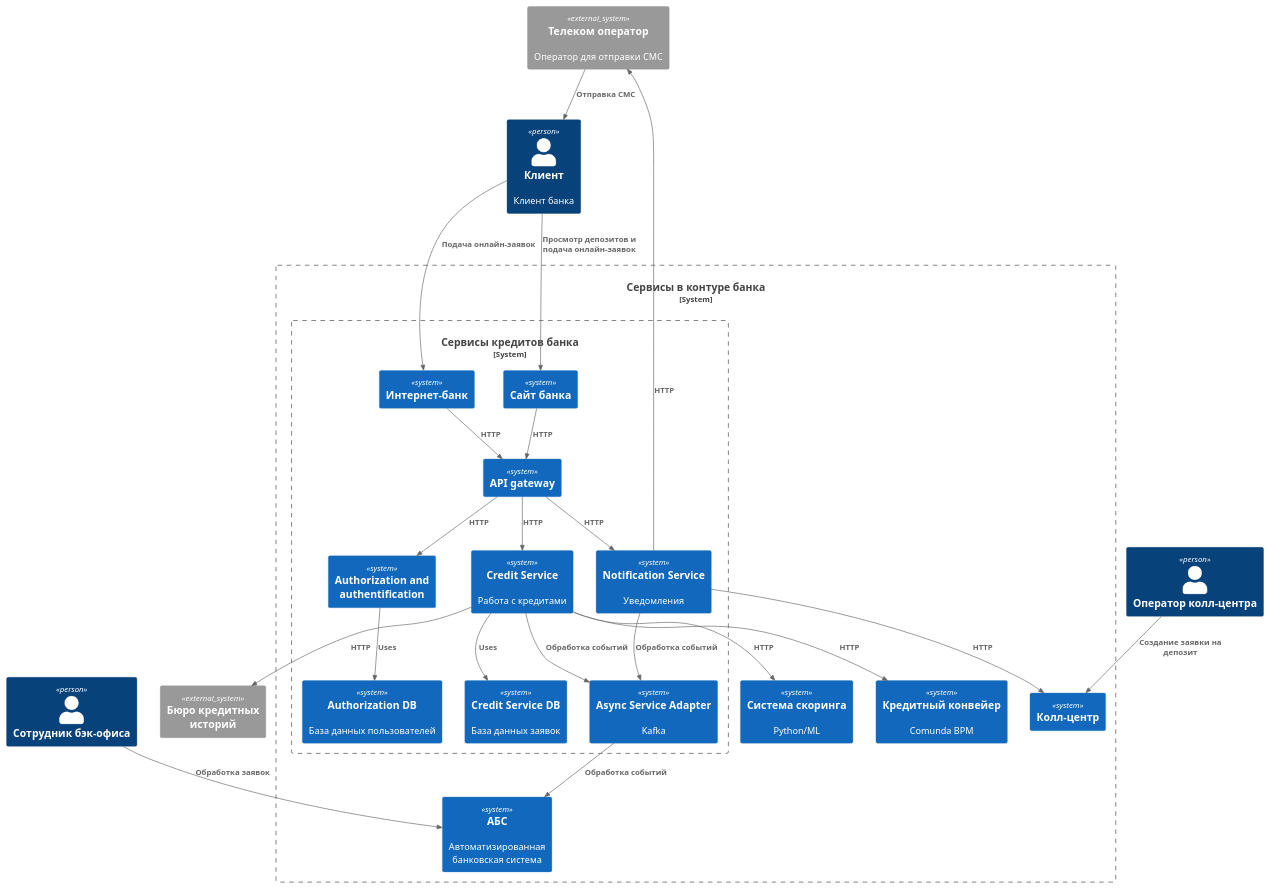
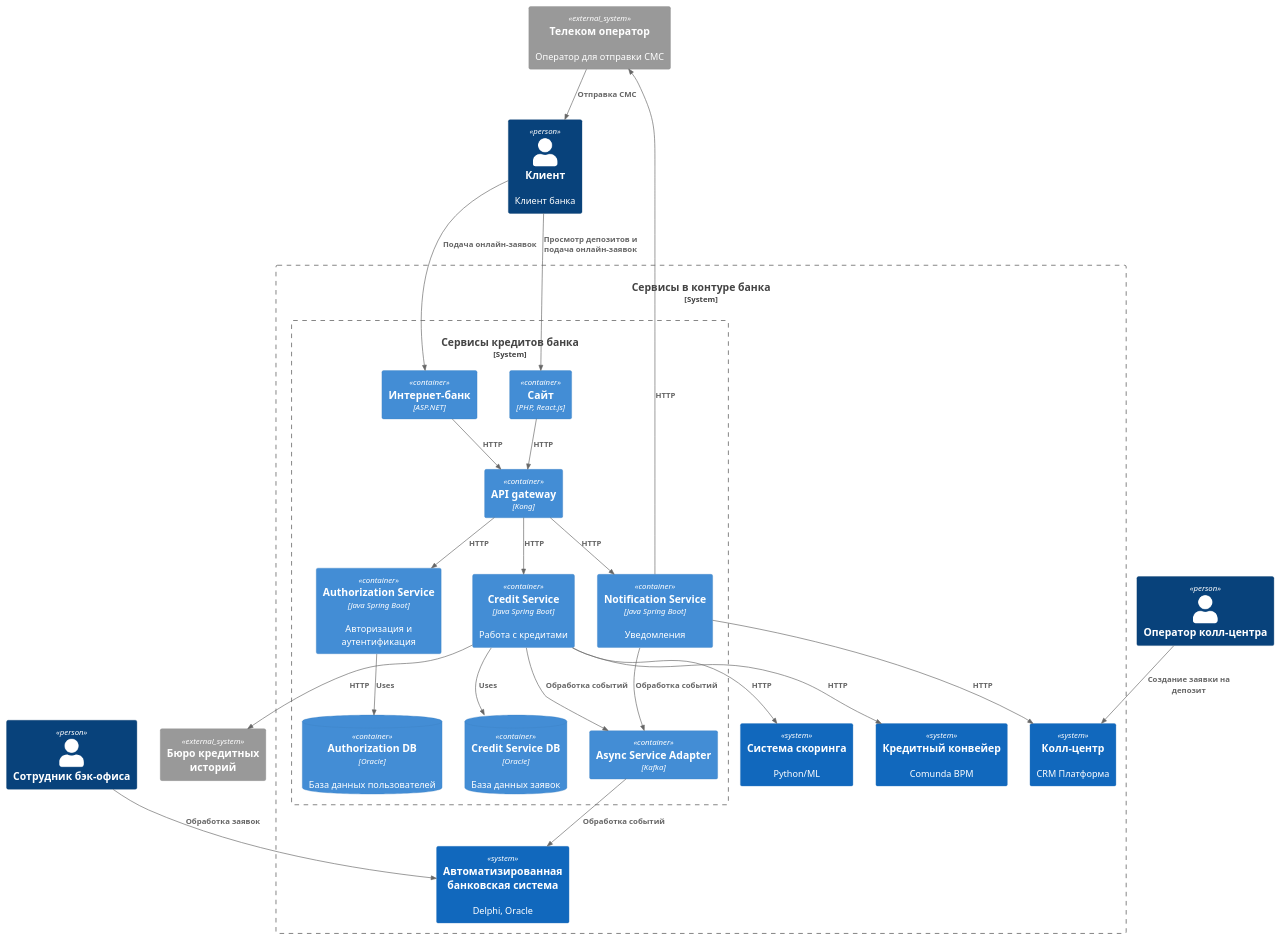
The diagram in Task5/C2.puml (alexmented/architecture-pro-standart), drawn with PlantUML before and after one commit. The commit also changed 4 other files, not shown here.

```diff
--- a/Task5/C2.puml
+++ b/Task5/C2.puml
@@ -1,51 +1,51 @@
 @startuml
 !includeurl https://raw.githubusercontent.com/RicardoNiepel/C4-PlantUML/master/C4_Component.puml
 
 Person(customer, "Клиент", "Клиент банка")
 Person(back_office_person, "Сотрудник бэк-офиса")
 Person(call_center_agents, "Оператор колл-центра")
 
 System_Boundary(serviceBoundary, "Сервисы в контуре банка") {
   System_Boundary(serviceBoundaryInner, "Сервисы кредитов банка") {
-    System(gateway, "API gateway")
-    System(authorization_service, "Authorization and authentification")
-    System(credit_service_db, "Credit Service DB", "База данных заявок")
-    System(authorization_service_db, "Authorization DB", "База данных пользователей")
-    System(async_service, "Async Service Adapter", "Kafka")
-    System(notification_service, "Notification Service", "Уведомления")
-    System(credit_service, "Credit Service", "Работа с кредитами")
-    System(site, "Сайт банка")
-    System(internet_banking, "Интернет-банк")
+    Container(gateway, "API gateway", "Kong")
+    Container(authorization_service, "Authorization Service", "Java Spring Boot", "Авторизация и аутентификация")
+    ContainerDb(credit_service_db, "Credit Service DB", "Oracle", "База данных заявок")
+    ContainerDb(authorization_service_db, "Authorization DB", "Oracle", "База данных пользователей")
+    Container(async_service, "Async Service Adapter", "Kafka")
+    Container(notification_service, "Notification Service", "Java Spring Boot", "Уведомления")
+    Container(credit_service, "Credit Service", "Java Spring Boot", "Работа с кредитами")
+    Container(site, "Сайт", "PHP, React.js")
+    Container(internet_banking, "Интернет-банк", "ASP.NET")
   }
-  System(abs, "АБС", "Автоматизированная банковская система")
-  System(call_center, "Колл-центр")
+  System(abs, "Автоматизированная банковская система", "Delphi, Oracle")
+  System(call_center, "Колл-центр", "CRM Платформа")
    System(scoring_system, "Система скоринга", "Python/ML")
   System(bpm, "Кредитный конвейер", "Comunda BPM")
 }
 
  System_Ext(credit_history, "Бюро кредитных историй")
 System_Ext(sms_operator, "Телеком оператор", "Оператор для отправки СМС")
 
 Rel(customer, site, "Просмотр депозитов и подача онлайн-заявок")
 Rel(customer, internet_banking, "Подача онлайн-заявок")
 Rel(call_center_agents, call_center, "Создание заявки на депозит")
 Rel(back_office_person, abs, "Обработка заявок")
 Rel(site, gateway, "HTTP")
 Rel(internet_banking, gateway, "HTTP")
 Rel(gateway, authorization_service, "HTTP")
 Rel(gateway, notification_service, "HTTP")
 Rel(notification_service, call_center, "HTTP")
 Rel(notification_service, sms_operator, "HTTP")
 Rel(gateway, credit_service, "HTTP")
 Rel(async_service, abs, "Обработка событий")
 Rel(sms_operator, customer, "Отправка СМС")
 Rel(credit_service, async_service, "Обработка событий")
 Rel(credit_service, scoring_system, "HTTP")
 Rel(credit_service, credit_history, "HTTP")
 Rel(credit_service, bpm, "HTTP")
 Rel(notification_service, async_service, "Обработка событий")
 Rel(credit_service, credit_service_db, "Uses")
 Rel(authorization_service, authorization_service_db, "Uses")
 
 
 @enduml
```
